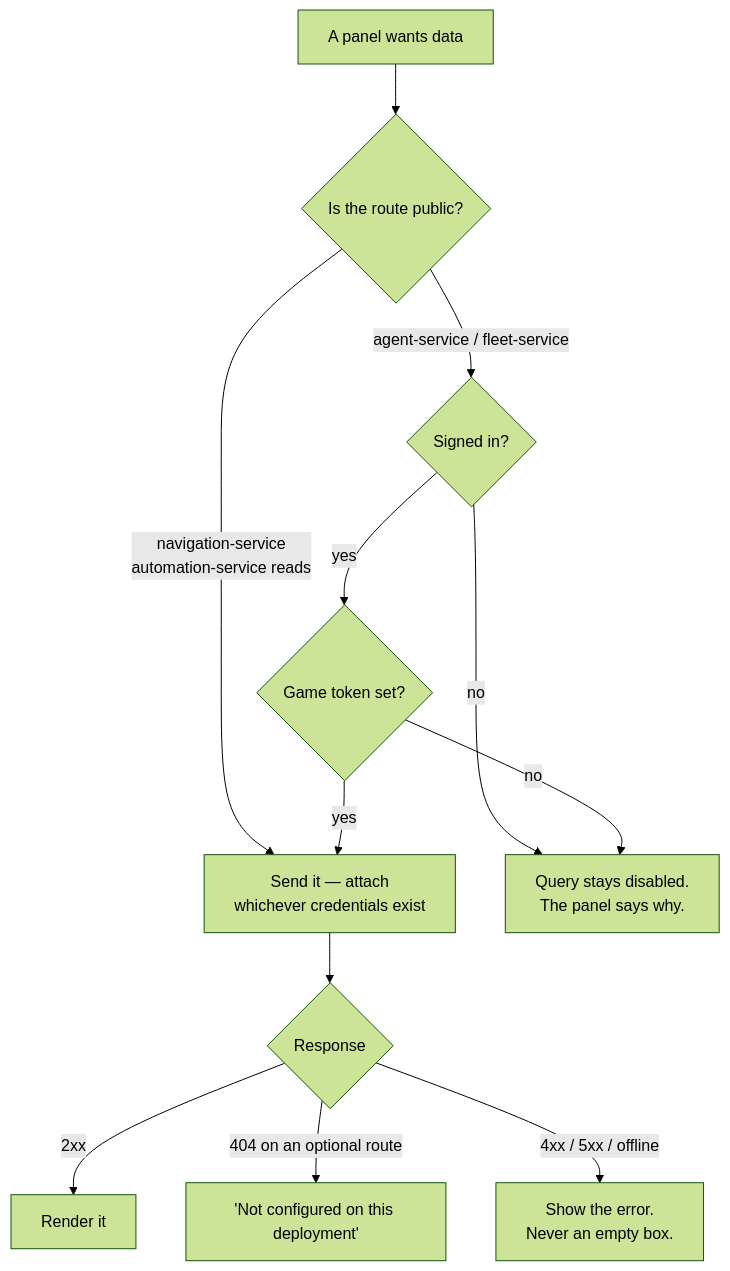
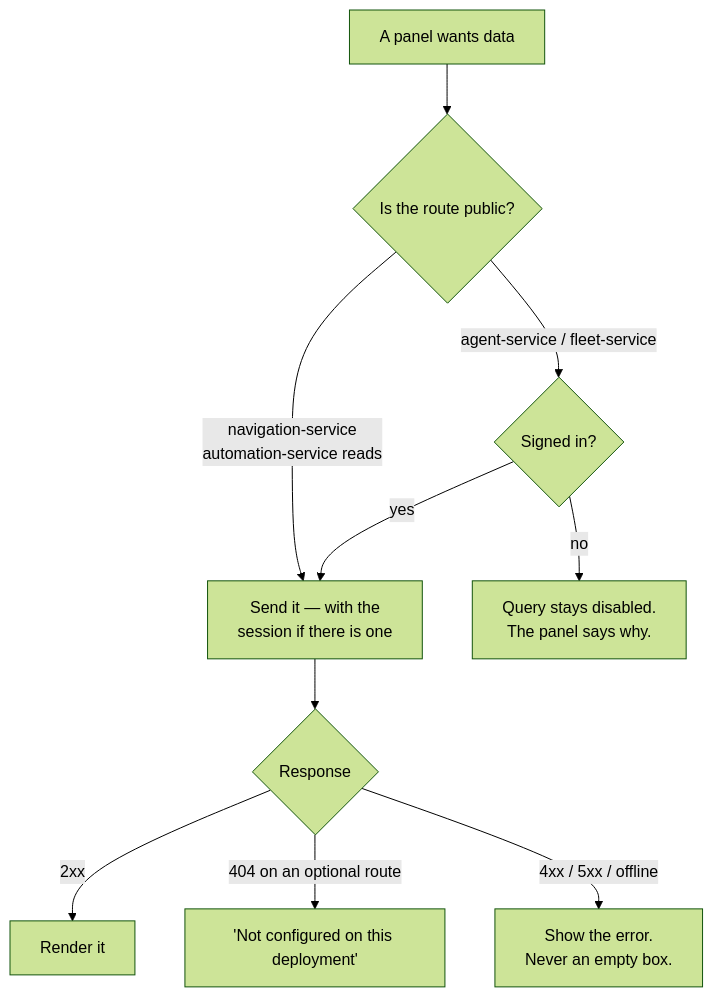
Before and after one commit to V-M-Pioneer-Trading/command-interface: the second of 4 diagrams in README.md, drawn with Mermaid (forest theme). The commit also changed other lines of this file and 23 other files, not shown here.

````diff
--- a/README.md
+++ b/README.md
@@ -78,14 +81,12 @@
 ```mermaid
 flowchart TD
     start["A panel wants data"] --> pub{"Is the route public?"}
-    pub -- "navigation-service<br/>automation-service reads" --> send["Send it — attach<br/>whichever credentials exist"]
+    pub -- "navigation-service<br/>automation-service reads" --> send["Send it — with the<br/>session if there is one"]
     pub -- "agent-service / fleet-service" --> signed{"Signed in?"}
     signed -- no --> skip["Query stays disabled.<br/>The panel says why."]
-    signed -- yes --> tok{"Game token set?"}
-    tok -- no --> skip
-    tok -- yes --> send
+    signed -- yes --> send
     send --> resp{"Response"}
     resp -- "2xx" --> render["Render it"]
     resp -- "404 on an optional route" --> off["'Not configured on this deployment'"]
     resp -- "4xx / 5xx / offline" --> err["Show the error.<br/>Never an empty box."]
 ```
````
